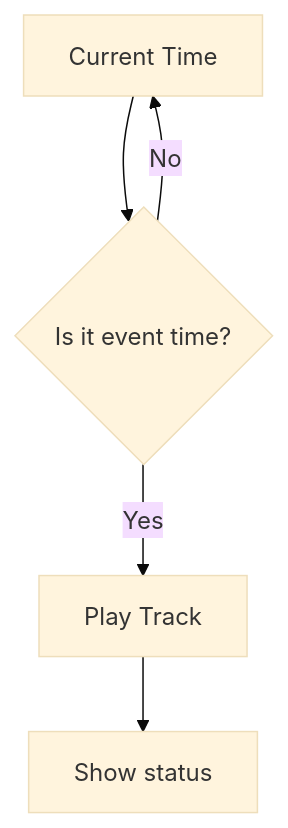
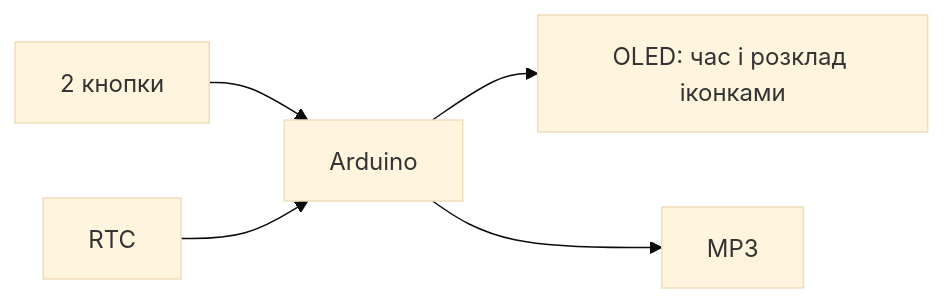
The sixth of 10 diagrams in artifacts/course-plan.md (Panineduard/stem-93), drawn with Mermaid (base theme) before and after one commit. The commit also changed other lines of this file and 95 other files, not shown here.

````diff
--- a/artifacts/course-plan.md
+++ b/artifacts/course-plan.md
@@ -281,7 +281,7 @@
 ```mermaid
-flowchart TD
-    A["Current Time"] --> B{"Is it event time?"}
-    B -- "No" --> A
-    B -- "Yes" --> C["Play Track"]
-    C --> D["Show status"]
+flowchart LR
+    BTN["2 кнопки"] --> A["Arduino"]
+    RTC["RTC"] --> A
+    A --> OLED["OLED: час і розклад іконками"]
+    A --> MP3["MP3"]
 ```
````
